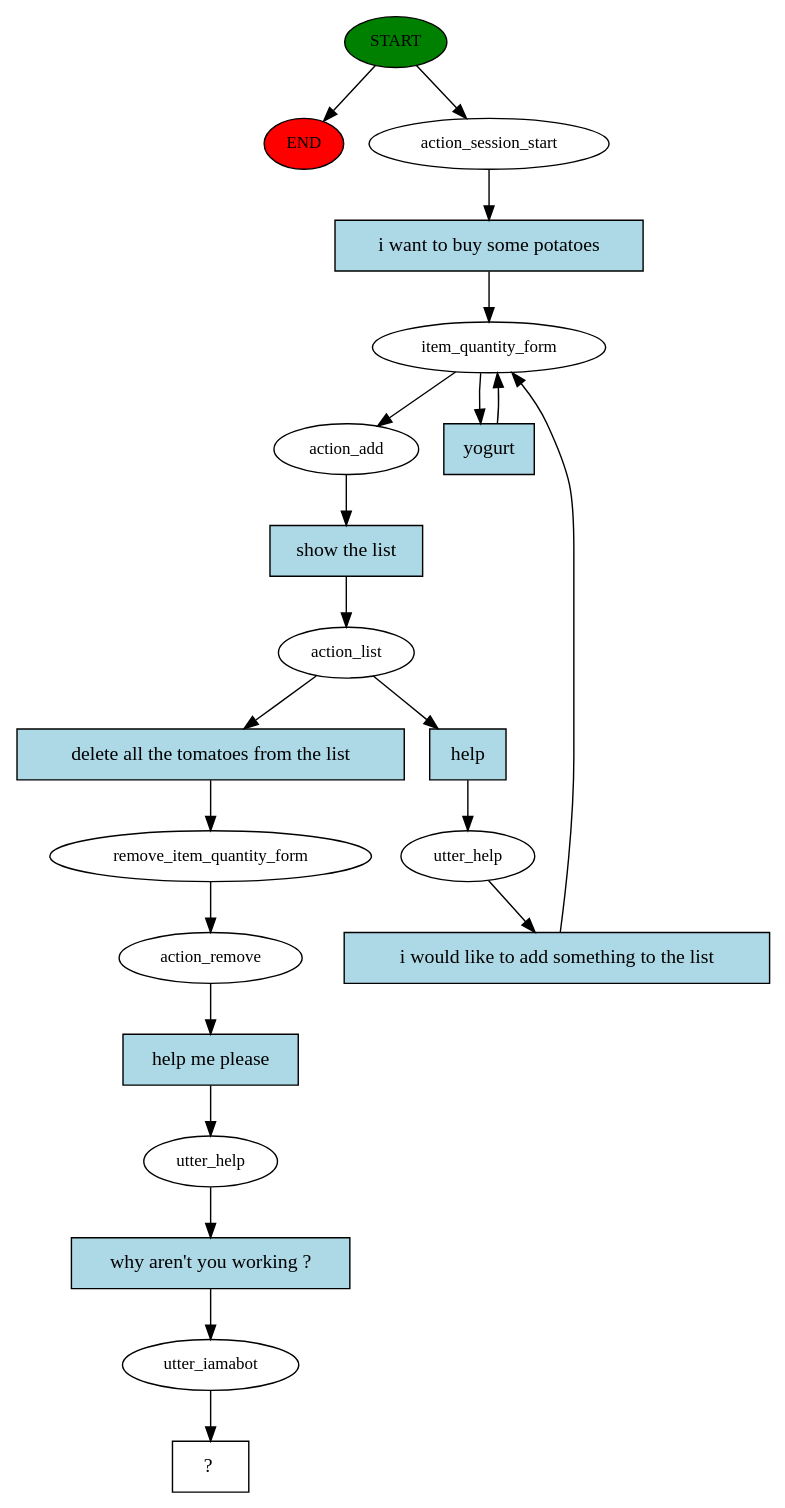
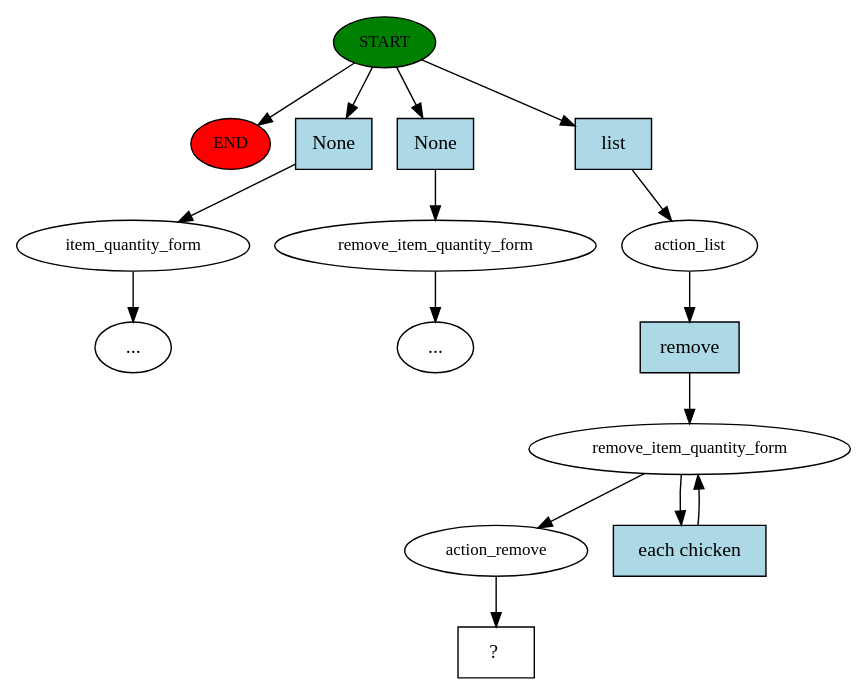
One commit to wwertyexp/CrMidTerm changed the diagram in story_graph.dot. Above: the diagram before and after it, drawn with Graphviz. The commit also changed 7 other files, not shown here.

```diff
--- a/story_graph.dot
+++ b/story_graph.dot
@@ -1,43 +1,32 @@
 digraph  {
 0 [class="start active", fillcolor=green, fontsize=12, label=START, style=filled];
 "-1" [class=end, fillcolor=red, fontsize=12, label=END, style=filled];
-1 [class=active, fontsize=12, label=action_session_start];
-2 [class=active, fontsize=12, label=item_quantity_form];
-5 [class=active, fontsize=12, label=action_add];
-6 [class=active, fontsize=12, label=action_list];
-7 [class=active, fontsize=12, label=utter_help];
-13 [class=active, fontsize=12, label=remove_item_quantity_form];
-14 [class=active, fontsize=12, label=action_remove];
-15 [class=active, fontsize=12, label=utter_help];
-16 [class=active, fontsize=12, label=utter_iamabot];
-17 [class="intent dashed active", label="  ?  ", shape=rect];
-18 [class="intent active", fillcolor=lightblue, label="i want to buy some potatoes", shape=rect, style=filled];
-19 [class="intent active", fillcolor=lightblue, label=yogurt, shape=rect, style=filled];
-20 [class="intent active", fillcolor=lightblue, label="show the list", shape=rect, style=filled];
-21 [class="intent active", fillcolor=lightblue, label=help, shape=rect, style=filled];
-22 [class="intent active", fillcolor=lightblue, label="delete all the tomatoes from the list", shape=rect, style=filled];
-23 [class="intent active", fillcolor=lightblue, label="i would like to add something to the list", shape=rect, style=filled];
-24 [class="intent active", fillcolor=lightblue, label="help me please", shape=rect, style=filled];
-25 [class="intent active", fillcolor=lightblue, label="why aren't you working ?", shape=rect, style=filled];
+1 [class="", fontsize=12, label=item_quantity_form];
+"-3" [class=ellipsis, label="..."];
+2 [class="", fontsize=12, label=remove_item_quantity_form];
+"-4" [class=ellipsis, label="..."];
+3 [class=active, fontsize=12, label=action_list];
+4 [class=active, fontsize=12, label=remove_item_quantity_form];
+6 [class=active, fontsize=12, label=action_remove];
+7 [class="intent dashed active", label="  ?  ", shape=rect];
+8 [class=intent, fillcolor=lightblue, label=None, shape=rect, style=filled];
+9 [class=intent, fillcolor=lightblue, label=None, shape=rect, style=filled];
+10 [class="intent active", fillcolor=lightblue, label=list, shape=rect, style=filled];
+11 [class="intent active", fillcolor=lightblue, label=remove, shape=rect, style=filled];
+12 [class="intent active", fillcolor=lightblue, label="each chicken", shape=rect, style=filled];
 0 -> "-1"  [class="", key=NONE, label=""];
-0 -> 1  [class=active, key=NONE, label=""];
-1 -> 18  [class=active, key=0];
-2 -> 5  [class=active, key=NONE, label=""];
-2 -> 19  [class=active, key=0];
-5 -> 20  [class=active, key=0];
-6 -> 21  [class=active, key=0];
-6 -> 22  [class=active, key=0];
-7 -> 23  [class=active, key=0];
-13 -> 14  [class=active, key=NONE, label=""];
-14 -> 24  [class=active, key=0];
-15 -> 25  [class=active, key=0];
-16 -> 17  [class=active, key=NONE, label=""];
-18 -> 2  [class=active, key=0];
-19 -> 2  [class=active, key=0];
-20 -> 6  [class=active, key=0];
-21 -> 7  [class=active, key=0];
-22 -> 13  [class=active, key=0];
-23 -> 2  [class=active, key=0];
-24 -> 15  [class=active, key=0];
-25 -> 16  [class=active, key=0];
+0 -> 8  [class="", key=0];
+0 -> 9  [class="", key=0];
+0 -> 10  [class=active, key=0];
+1 -> "-3"  [class="", key=NONE, label=""];
+2 -> "-4"  [class="", key=NONE, label=""];
+3 -> 11  [class=active, key=0];
+4 -> 6  [class=active, key=NONE, label=""];
+4 -> 12  [class=active, key=0];
+6 -> 7  [class=active, key=NONE, label=""];
+8 -> 1  [class="", key=0];
+9 -> 2  [class="", key=0];
+10 -> 3  [class=active, key=0];
+11 -> 4  [class=active, key=0];
+12 -> 4  [class=active, key=0];
 }
```
